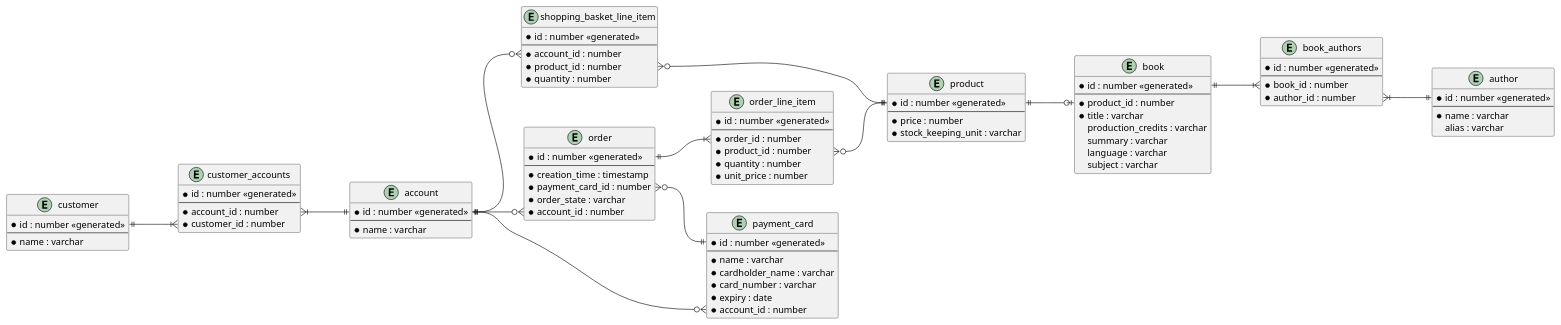
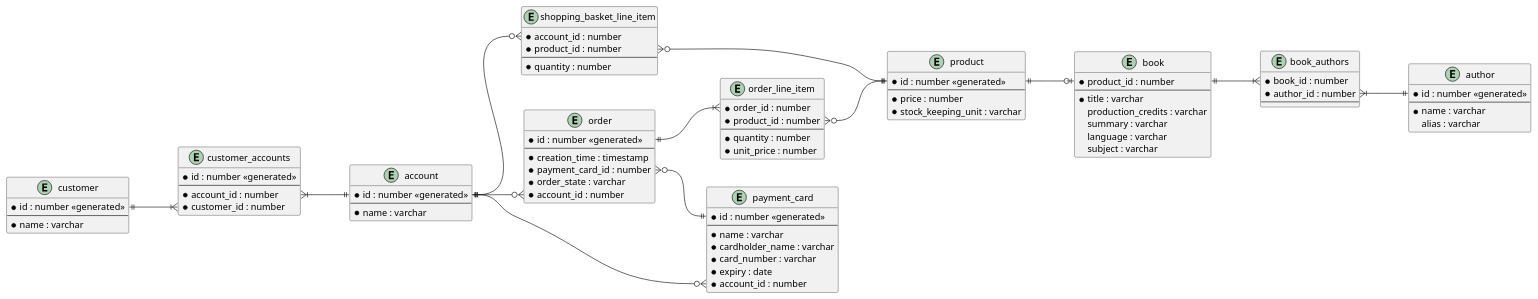
Before and after one commit to dtmo/bookshop: the diagram in docs/design/book_shop_relational_schema_diagram.plantuml, drawn with PlantUML. The commit also changed 1 other file, not shown here.

```diff
--- a/docs/design/book_shop_relational_schema_diagram.plantuml
+++ b/docs/design/book_shop_relational_schema_diagram.plantuml
@@ -1,105 +1,101 @@
 @startuml
 
 left to right direction
 
 entity customer {
     * id : number <<generated>>
     --
     * name : varchar
 }
 
 entity account {
     * id : number <<generated>>
     --
     * name : varchar
 }
 
 entity customer_accounts {
     * id : number <<generated>>
     --
     * account_id : number
     * customer_id : number
 }
 
 entity product {
     * id : number <<generated>>
     --
     * price : number
     * stock_keeping_unit : varchar
 }
 
 entity shopping_basket_line_item {
-    * id : number <<generated>>
-    --
     * account_id : number
     * product_id : number
+    --
     * quantity : number
 }
 
 entity payment_card {
     * id : number <<generated>>
     --
     * name : varchar
     * cardholder_name : varchar
     * card_number : varchar
     * expiry : date
     * account_id : number
 }
 
 entity order {
     * id : number <<generated>>
     --
     * creation_time : timestamp
     * payment_card_id : number
     * order_state : varchar
     * account_id : number
 }
 
 entity order_line_item {
-    * id : number <<generated>>
-    --
     * order_id : number
     * product_id : number
+    --
     * quantity : number
     * unit_price : number
 }
 
 entity author {
     * id : number <<generated>>
     --
     * name : varchar
     alias : varchar
 }
 
 entity book {
-    * id : number <<generated>>
+    * product_id : number
     --
-    * product_id : number
     * title : varchar
     production_credits : varchar
     summary : varchar
     language : varchar
     subject : varchar
 }
 
 entity book_authors {
-    * id : number <<generated>>
-    --
     * book_id : number
     * author_id : number
+    --
 }
 
 customer::id ||--|{ customer_accounts::customer_id
 customer_accounts::account_id }|--|| account::id
 account::id ||--o{ shopping_basket_line_item::account_id
 shopping_basket_line_item::product_id }o--|| product::id
 account::id ||--o{ payment_card::account_id
 account::id ||--o{ order::account_id
 order::id ||--|{ order_line_item::order_id
 order::payment_card_id }o--|| payment_card::id
 order_line_item::product_id }o--|| product::id
 product::id ||--o| book::product_id
-book::id ||--|{ book_authors::book_id
+book::product_id ||--|{ book_authors::book_id
 book_authors::author_id }|--|| author::id
 
 @enduml
```
